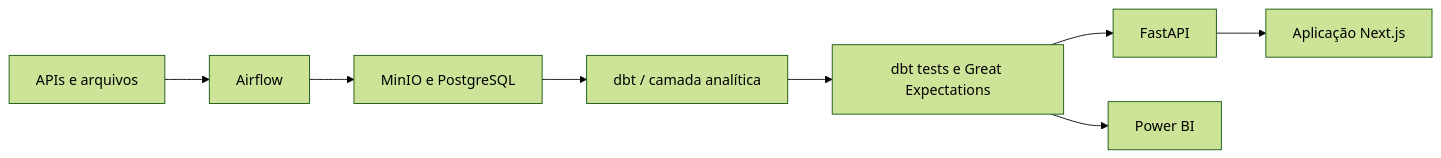
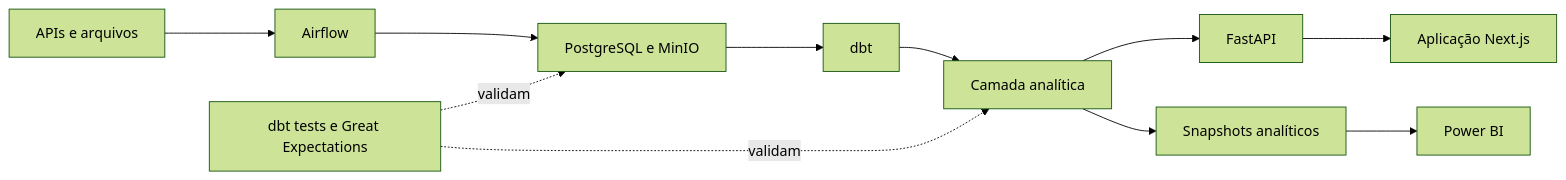
The diagram in README.md (victorhob1981/football-analytics), drawn with Mermaid (forest theme) before and after one commit. The commit also changed other lines of this file, not shown here.

````diff
--- a/README.md
+++ b/README.md
@@ -41,10 +46,13 @@
 ```mermaid
 flowchart LR
     A[APIs e arquivos] --> B[Airflow]
-    B --> C[MinIO e PostgreSQL]
-    C --> D[dbt / camada analítica]
-    D --> E[dbt tests e Great Expectations]
+    B --> C[PostgreSQL e MinIO]
+    C --> D[dbt]
+    D --> E[Camada analítica]
     E --> F[FastAPI]
-    E --> G[Power BI]
-    F --> H[Aplicação Next.js]
+    F --> G[Aplicação Next.js]
+    E --> H[Snapshots analíticos]
+    H --> I[Power BI]
+    J[dbt tests e Great Expectations] -. validam .-> C
+    J -. validam .-> E
 ```
````
